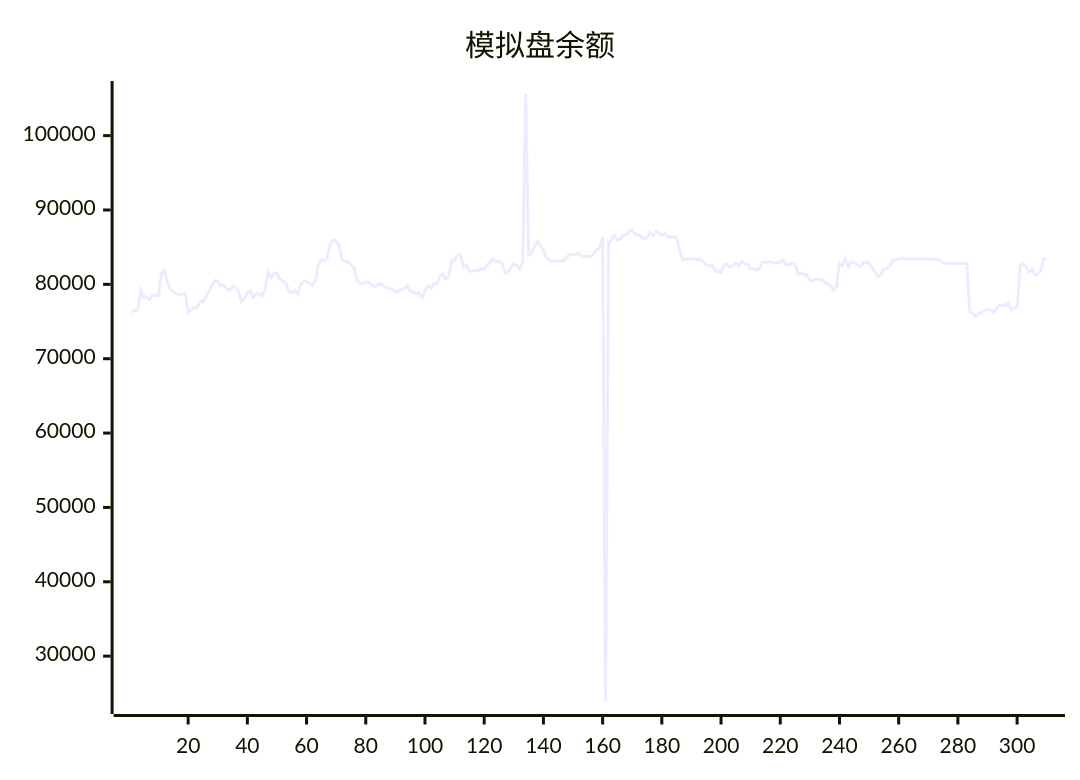
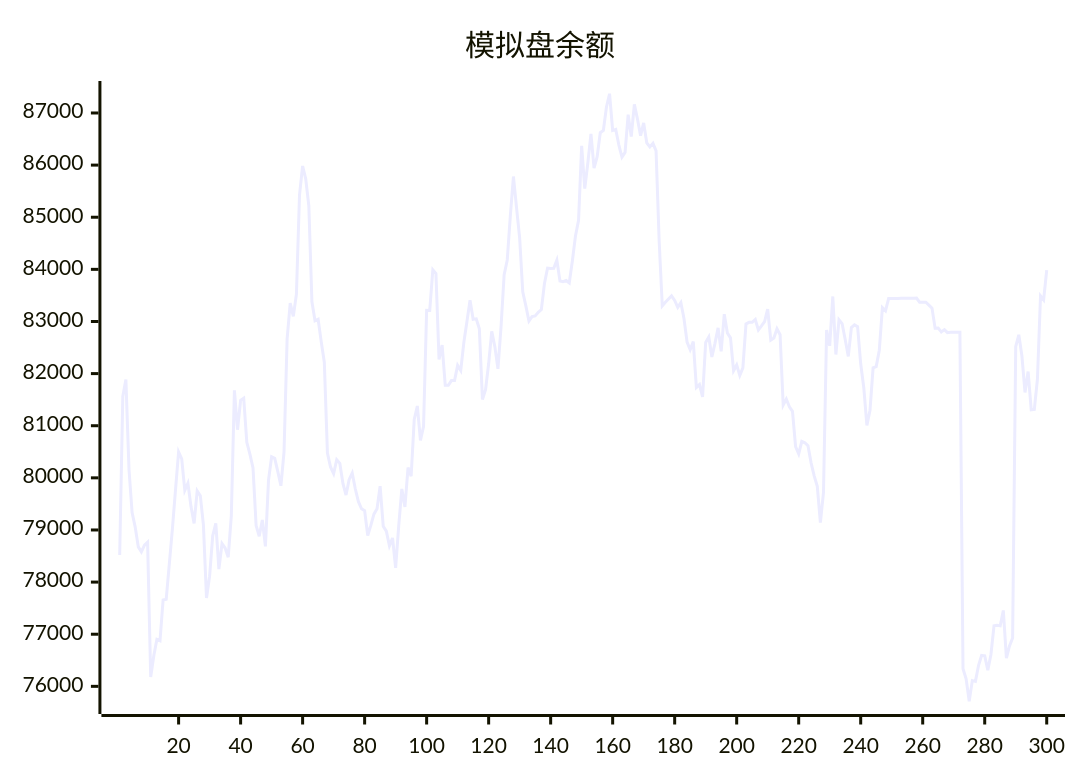
One commit to aahl/ai-trading changed the diagram in README.md. Above: the diagram before and after it, drawn with Mermaid. The commit also changed other lines of this file and 1 other file, not shown here.

````diff
--- a/README.md
+++ b/README.md
@@ -5,5 +5,5 @@
 ```mermaid
 xychart
     title "模拟盘余额"
-    line [76179,76553,76551,79196,78300,78300,77944,78531,78531,78521,81564,81884,80160,79335,79055,78675,78580,78708,78764,76179,76586,76902,76876,77658,77669,78346,79023,79769,80497,80366,79761,79896,79448,79126,79749,79658,79097,77695,78114,78888,79126,78249,78738,78653,78478,79271,81680,80923,81488,81527,80681,80455,80190,79084,78879,79193,78686,79954,80403,80374,80118,79848,80491,82665,83351,83098,83525,85430,85983,85737,85221,83378,83014,83043,82613,82216,80477,80208,80081,80348,80277,79894,79670,79965,80093,79786,79542,79406,79371,78893,79087,79304,79406,79841,79072,78978,78696,78846,78272,79085,79787,79442,80198,80031,81120,81379,80718,80985,83214,83212,83993,83921,82270,82547,81776,81776,81866,81866,82158,82061,82596,83000,83408,83041,83050,82858,81503,81691,82188,82812,82517,82092,82901,105633,83898,84180,85030,85781,85178,84604,83569,83298,83008,83093,83107,83175,83228,83729,84025,84017,84019,84177,83775,83762,83785,83738,84160,84639,84939,86370,23934,85548,86046,86599,85942,86161,86622,86664,87115,87369,86666,86685,86384,86152,86243,86969,86548,87164,86885,86566,86809,86427,86348,86417,86273,84538,83299,83369,83430,83490,83404,83270,83362,83056,82605,82459,82614,81734,81788,81551,82598,82702,82320,82580,82878,82426,83139,82778,82686,82056,82166,81963,82110,82951,82983,82984,83038,82838,82915,82998,83235,82642,82682,82858,82746,81396,81512,81362,81277,80600,80461,80699,80673,80616,80288,80038,79836,79142,79722,82837,82533,83480,82366,83032,82960,82654,82330,82883,82934,82901,82188,81728,81005,81298,82110,82135,82449,83264,83203,83440,83439,83440,83440,83446,83447,83448,83447,83448,83449,83369,83369,83369,83313,83256,82872,82873,82801,82844,82785,82791,82791,82793,82794,76339,76145,75714,76110,76096,76397,76594,76585,76310,76607,77160,77170,77160,77456,76541,76774,76927,82520,82744,82337,81639,82040,81307,81314,81887,83490,83414]
+    line [78521,81564,81884,80160,79335,79055,78675,78580,78708,78764,76179,76586,76902,76876,77658,77669,78346,79023,79769,80497,80366,79761,79896,79448,79126,79749,79658,79097,77695,78114,78888,79126,78249,78738,78653,78478,79271,81680,80923,81488,81527,80681,80455,80190,79084,78879,79193,78686,79954,80403,80374,80118,79848,80491,82665,83351,83098,83525,85430,85983,85737,85221,83378,83014,83043,82613,82216,80477,80208,80081,80348,80277,79894,79670,79965,80093,79786,79542,79406,79371,78893,79087,79304,79406,79841,79072,78978,78696,78846,78272,79085,79787,79442,80198,80031,81120,81379,80718,80985,83214,83212,83993,83921,82270,82547,81776,81776,81866,81866,82158,82061,82596,83000,83408,83041,83050,82858,81503,81691,82188,82812,82517,82092,82901,83898,84180,85030,85781,85178,84604,83569,83298,83008,83093,83107,83175,83228,83729,84025,84017,84019,84177,83775,83762,83785,83738,84160,84639,84939,86370,85548,86046,86599,85942,86161,86622,86664,87115,87369,86666,86685,86384,86152,86243,86969,86548,87164,86885,86566,86809,86427,86348,86417,86273,84538,83299,83369,83430,83490,83404,83270,83362,83056,82605,82459,82614,81734,81788,81551,82598,82702,82320,82580,82878,82426,83139,82778,82686,82056,82166,81963,82110,82951,82983,82984,83038,82838,82915,82998,83235,82642,82682,82858,82746,81396,81512,81362,81277,80600,80461,80699,80673,80616,80288,80038,79836,79142,79722,82837,82533,83480,82366,83032,82960,82654,82330,82883,82934,82901,82188,81728,81005,81298,82110,82135,82449,83264,83203,83440,83439,83440,83440,83446,83447,83448,83447,83448,83449,83369,83369,83369,83313,83256,82872,82873,82801,82844,82785,82791,82791,82793,82794,76339,76145,75714,76110,76096,76397,76594,76585,76310,76607,77160,77170,77160,77456,76541,76774,76927,82520,82744,82337,81639,82040,81307,81314,81887,83490,83414,83984]
 ```
````
